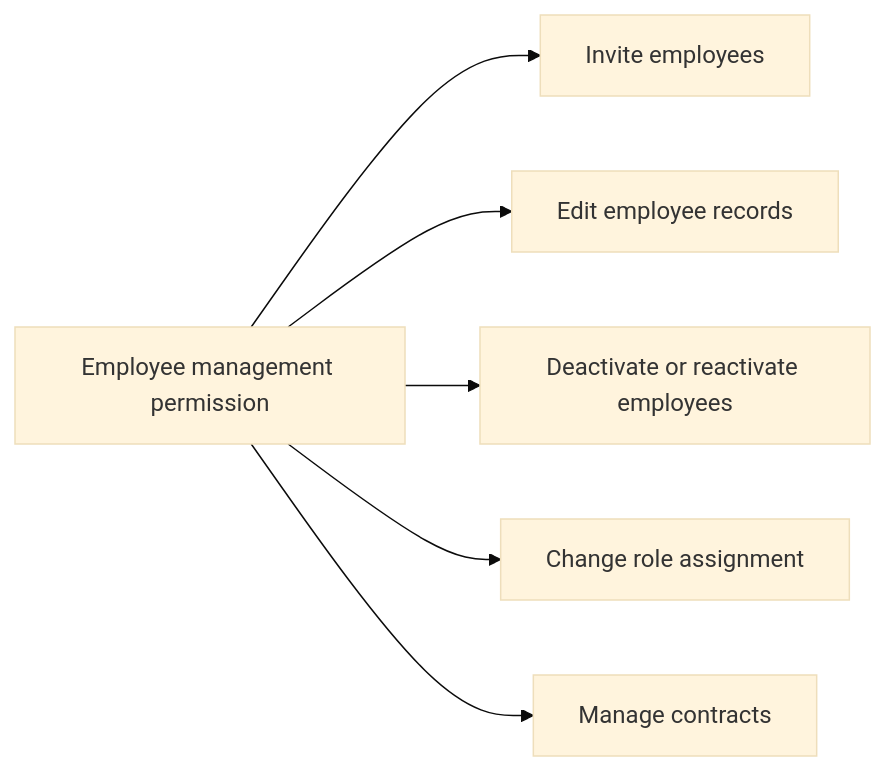
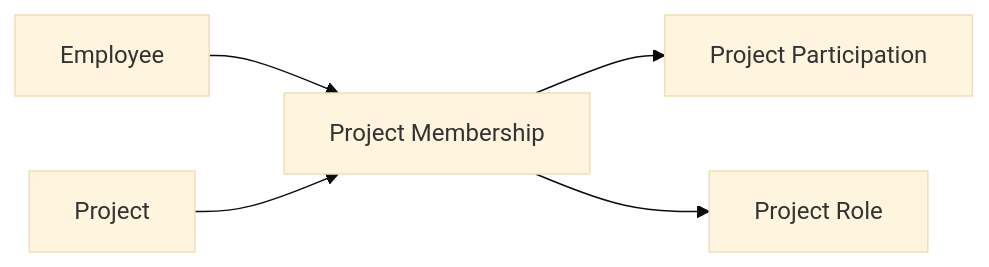
One commit to wrtnlabs/autobe-examples changed the tenth of 24 diagrams in openai/gpt-5.4-mini/erp/docs/analysis/04-business-rules.md. Above: the diagram before and after it, drawn with Mermaid (base theme). The commit also changed other lines of this file and 9017 other files, not shown here.

````diff
--- a/openai/gpt-5.4-mini/erp/docs/analysis/04-business-rules.md
+++ b/openai/gpt-5.4-mini/erp/docs/analysis/04-business-rules.md
@@ -372,8 +579,7 @@
 ```mermaid
 flowchart LR
-    A["Employee management permission"] --> B["Invite employees"]
-    A --> C["Edit employee records"]
-    A --> D["Deactivate or reactivate employees"]
-    A --> E["Change role assignment"]
-    A --> F["Manage contracts"]
+    A["Employee"] --> B["Project Membership"]
+    C["Project"] --> B
+    B --> D["Project Participation"]
+    B --> E["Project Role"]
 ```
````
